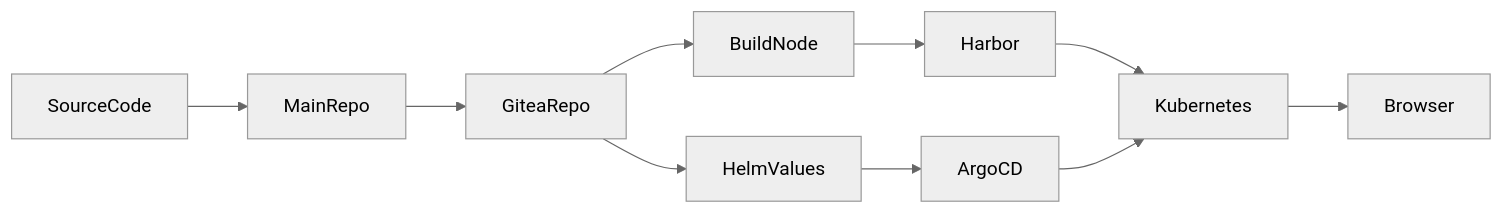
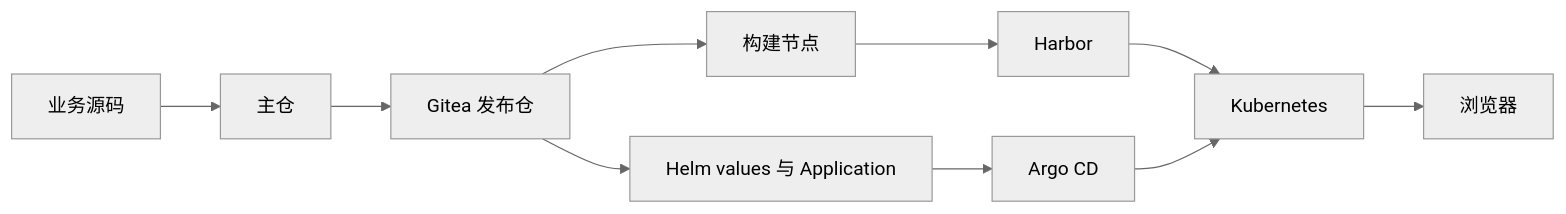
Before and after one commit to hwang-protocol/docker_k8s_2026: the first of 2 diagrams in k8s/06-gitops-and-automation/docs/02_overview_and_gitops_flow.md, drawn with Mermaid (neutral theme). The commit also changed other lines of this file and 33 other files, not shown here.

````diff
--- a/k8s/06-gitops-and-automation/docs/02_overview_and_gitops_flow.md
+++ b/k8s/06-gitops-and-automation/docs/02_overview_and_gitops_flow.md
@@ -30,22 +34,22 @@
 ```mermaid
 flowchart LR
-  sourceCode[SourceCode]
-  mainRepo[MainRepo]
-  giteaRepo[GiteaRepo]
-  buildNode[BuildNode]
+  sourceCode[业务源码]
+  mainRepo[主仓]
+  giteaRepo[Gitea 发布仓]
+  buildNode[构建节点]
   harbor[Harbor]
-  values[HelmValues]
-  argocd[ArgoCD]
+  values[Helm values 与 Application]
+  argocd[Argo CD]
   cluster[Kubernetes]
-  browser[Browser]
+  browser[浏览器]
 
   sourceCode --> mainRepo
   mainRepo --> giteaRepo
   giteaRepo --> buildNode
   buildNode --> harbor
   giteaRepo --> values
   values --> argocd
   harbor --> cluster
   argocd --> cluster
   cluster --> browser
 ```
````
